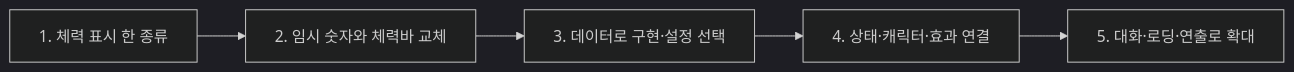
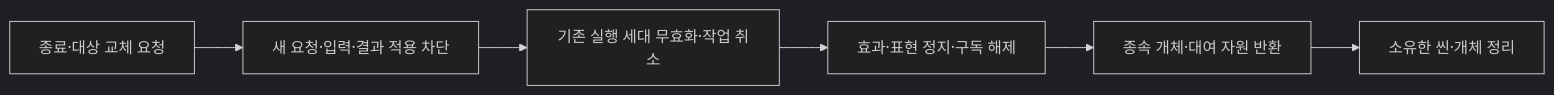
The fourth of 4 diagrams in Docs/데이터 기반 모듈과 화면 표현 설계안.md (lkhwcf-arch/Human_Ghost-), drawn with Mermaid (dark theme) before and after one commit. The commit also changed other lines of this file and 46 other files, not shown here.

````diff
--- a/Docs/데이터 기반 모듈과 화면 표현 설계안.md
+++ b/Docs/데이터 기반 모듈과 화면 표현 설계안.md
@@ -322,7 +165,8 @@
 ```mermaid
 flowchart LR
-    A[1. 체력 표시 한 종류] --> B[2. 임시 숫자와 체력바 교체]
-    B --> C[3. 데이터로 구현·설정 선택]
-    C --> D[4. 상태·캐릭터·효과 연결]
-    D --> E[5. 대화·로딩·연출로 확대]
+    A[종료·대상 교체 요청] --> B[새 요청·입력·결과 적용 차단]
+    B --> C[기존 실행 세대 무효화·작업 취소]
+    C --> D[효과·표현 정지·구독 해제]
+    D --> E[종속 개체·대여 자원 반환]
+    E --> F[소유한 씬·개체 정리]
 ```
````
